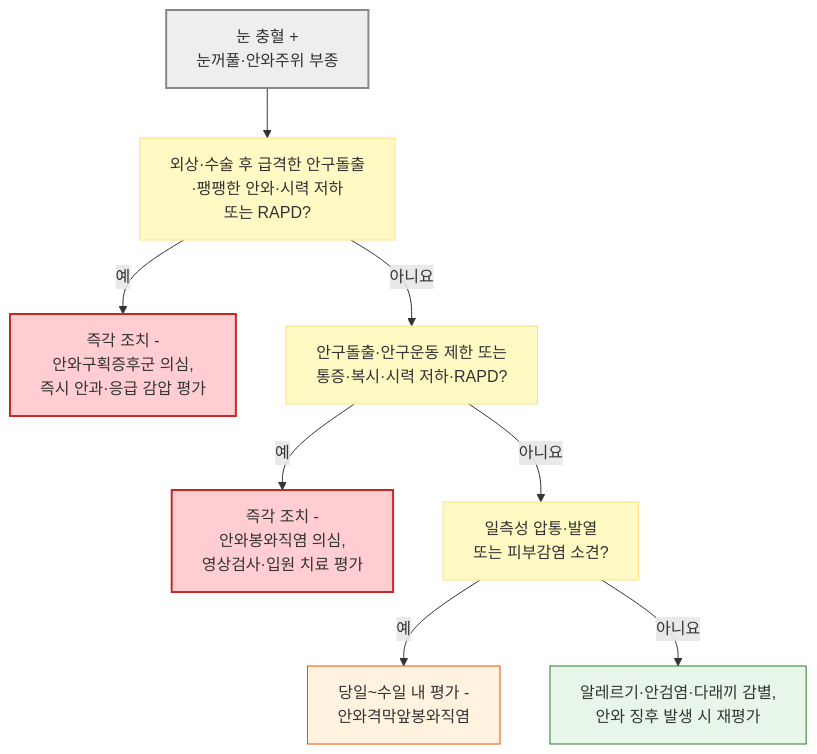
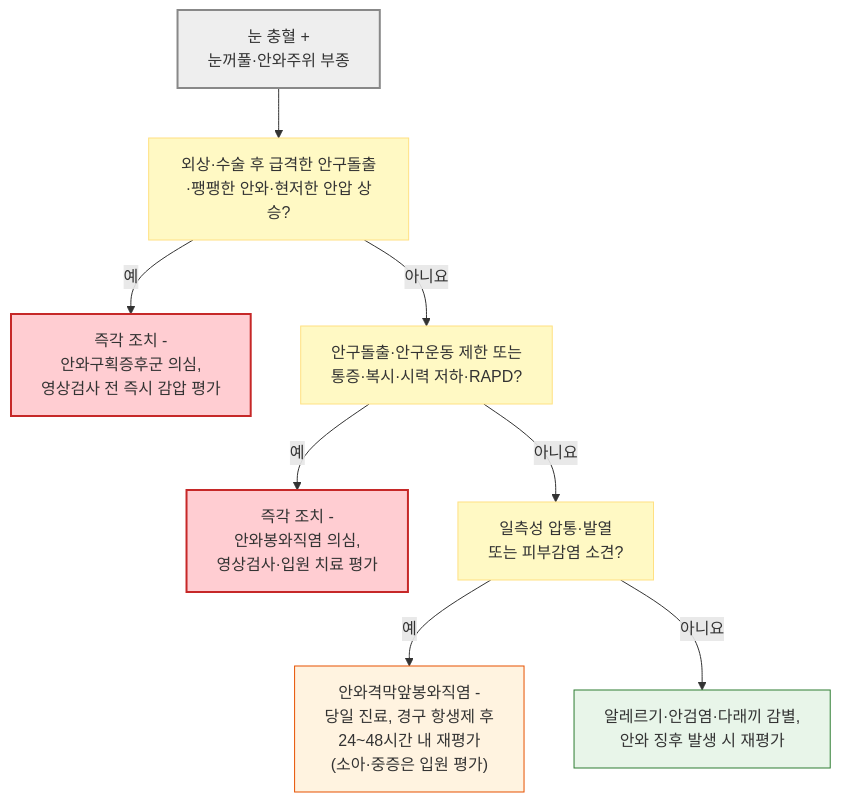
Before and after one commit to familyoh77/familyoh77: the second of 2 diagrams in 222_/037_-red-eye.md, drawn with Mermaid. The commit also changed other lines of this file, not shown here.

````diff
--- a/222_/037_-red-eye.md
+++ b/222_/037_-red-eye.md
@@ -153,17 +154,17 @@
 ```mermaid
 flowchart TD
-    A["눈 충혈 + <br/>눈꺼풀·안와주위 부종"] --> T["외상·수술 후 급격한 안구돌출<br/>·팽팽한 안와·시력 저하 <br/>또는 RAPD?"]
-    T -- "예" --> OC["즉각 조치 - <br/>안와구획증후군 의심, <br/>즉시 안과·응급 감압 평가"]
+    A["눈 충혈 + <br/>눈꺼풀·안와주위 부종"] --> T["외상·수술 후 급격한 안구돌출<br/>·팽팽한 안와·현저한 안압 상승?"]
+    T -- "예" --> OC["즉각 조치 - <br/>안와구획증후군 의심, <br/>영상검사 전 즉시 감압 평가"]
     T -- "아니요" --> B["안구돌출·안구운동 제한 또는 <br/>통증·복시·시력 저하·RAPD?"]
     B -- "예" --> C["즉각 조치 - <br/>안와봉와직염 의심, <br/>영상검사·입원 치료 평가"]
     B -- "아니요" --> D["일측성 압통·발열 <br/>또는 피부감염 소견?"]
-    D -- "예" --> E["당일~수일 내 평가 - <br/>안와격막앞봉와직염"]
+    D -- "예" --> E["안와격막앞봉와직염 - <br/>당일 진료, 경구 항생제 후 <br/>24~48시간 내 재평가 <br/>(소아·중증은 입원 평가)"]
     D -- "아니요" --> F["알레르기·안검염·다래끼 감별, <br/>안와 징후 발생 시 재평가"]
     style A fill:#eeeeee,stroke:#888888,stroke-width:2px
     classDef yellow fill:#fff9c4,stroke:#ffe082
     class T,B,D yellow
     style OC fill:#ffcdd2,stroke:#c62828,stroke-width:2px
     style C fill:#ffcdd2,stroke:#c62828,stroke-width:2px
     style E fill:#fff3e0,stroke:#e65100
     style F fill:#e8f5e9,stroke:#2e7d32
 ```
````
